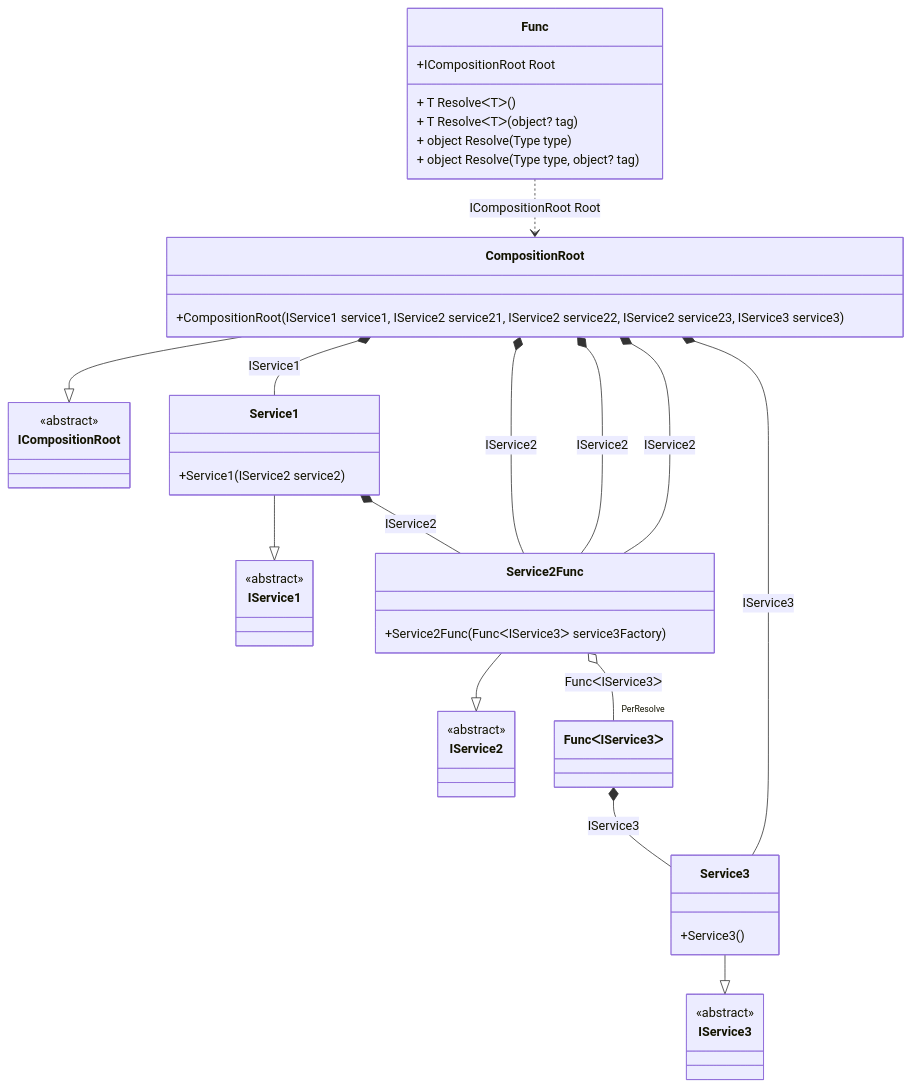
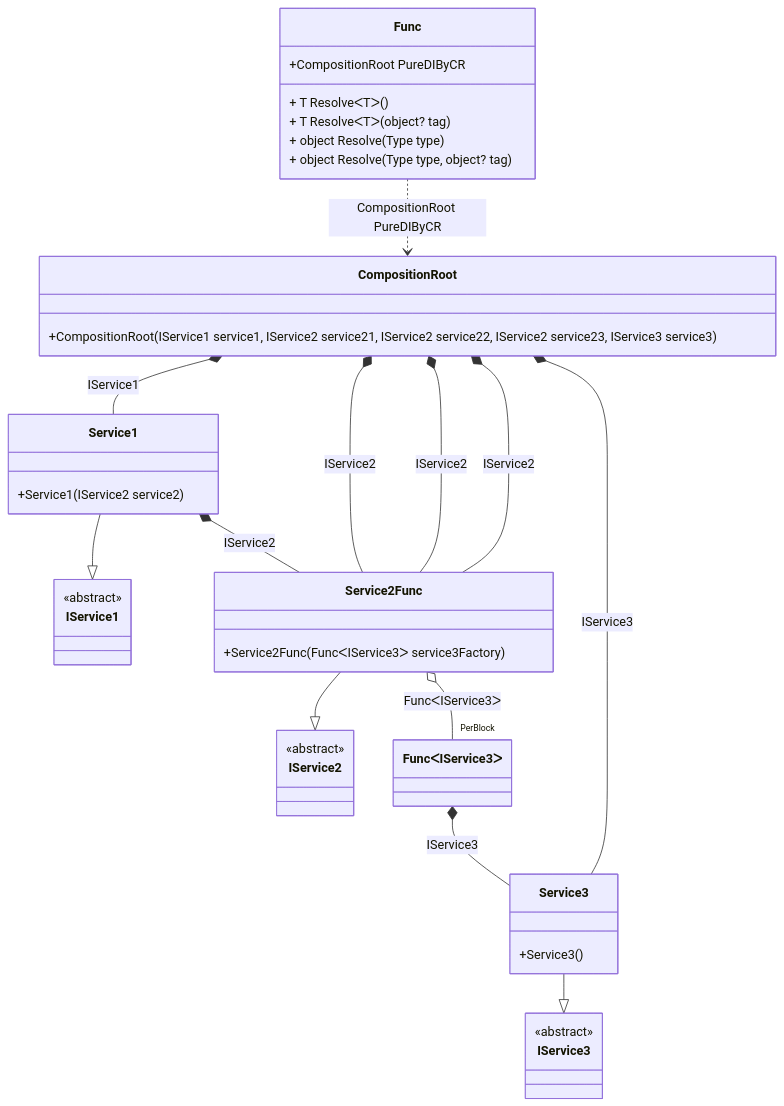
One commit to DevTeam/Pure.DI changed the diagram in readme/FuncDetails.md. Above: the diagram before and after it, drawn with Mermaid. The commit also changed other lines of this file and 72 other files, not shown here.

````diff
--- a/readme/FuncDetails.md
+++ b/readme/FuncDetails.md
@@ -6,48 +6,44 @@
 ```mermaid
 classDiagram
   class Func {
-    +ICompositionRoot Root
+    +CompositionRoot PureDIByCR
     + T ResolveᐸTᐳ()
     + T ResolveᐸTᐳ(object? tag)
     + object Resolve(Type type)
     + object Resolve(Type type, object? tag)
   }
-  CompositionRoot --|> ICompositionRoot : 
   class CompositionRoot {
     +CompositionRoot(IService1 service1, IService2 service21, IService2 service22, IService2 service23, IService3 service3)
   }
   Service1 --|> IService1 : 
   class Service1 {
     +Service1(IService2 service2)
   }
   Service2Func --|> IService2 : 
   class Service2Func {
     +Service2Func(FuncᐸIService3ᐳ service3Factory)
   }
   Service3 --|> IService3 : 
   class Service3 {
     +Service3()
   }
   class FuncᐸIService3ᐳ
-  class ICompositionRoot {
-    <<abstract>>
-  }
   class IService1 {
     <<abstract>>
   }
   class IService2 {
     <<abstract>>
   }
   class IService3 {
     <<abstract>>
   }
   CompositionRoot *--  Service1 : IService1
   CompositionRoot *--  Service2Func : IService2
   CompositionRoot *--  Service2Func : IService2
   CompositionRoot *--  Service2Func : IService2
   CompositionRoot *--  Service3 : IService3
   Service1 *--  Service2Func : IService2
-  Service2Func o--  "PerResolve" FuncᐸIService3ᐳ : FuncᐸIService3ᐳ
-  Func ..> CompositionRoot : ICompositionRoot Root
+  Service2Func o--  "PerBlock" FuncᐸIService3ᐳ : FuncᐸIService3ᐳ
+  Func ..> CompositionRoot : CompositionRoot PureDIByCR
   FuncᐸIService3ᐳ *--  Service3 : IService3
 ```
````
